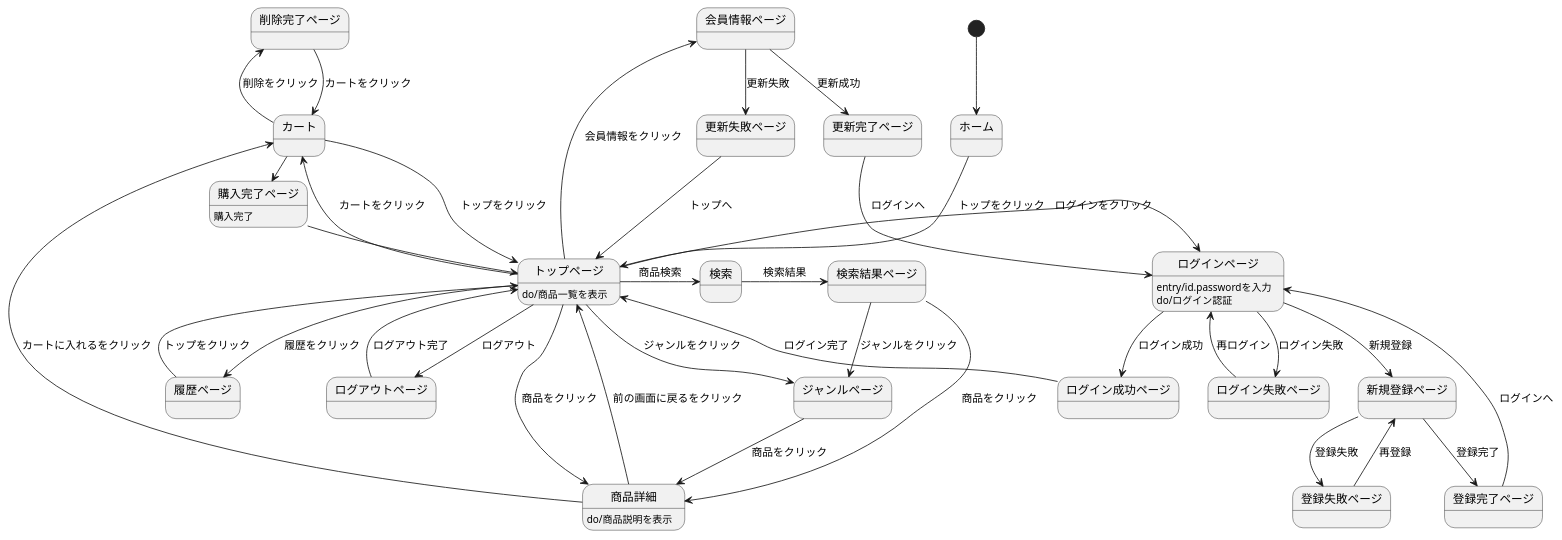
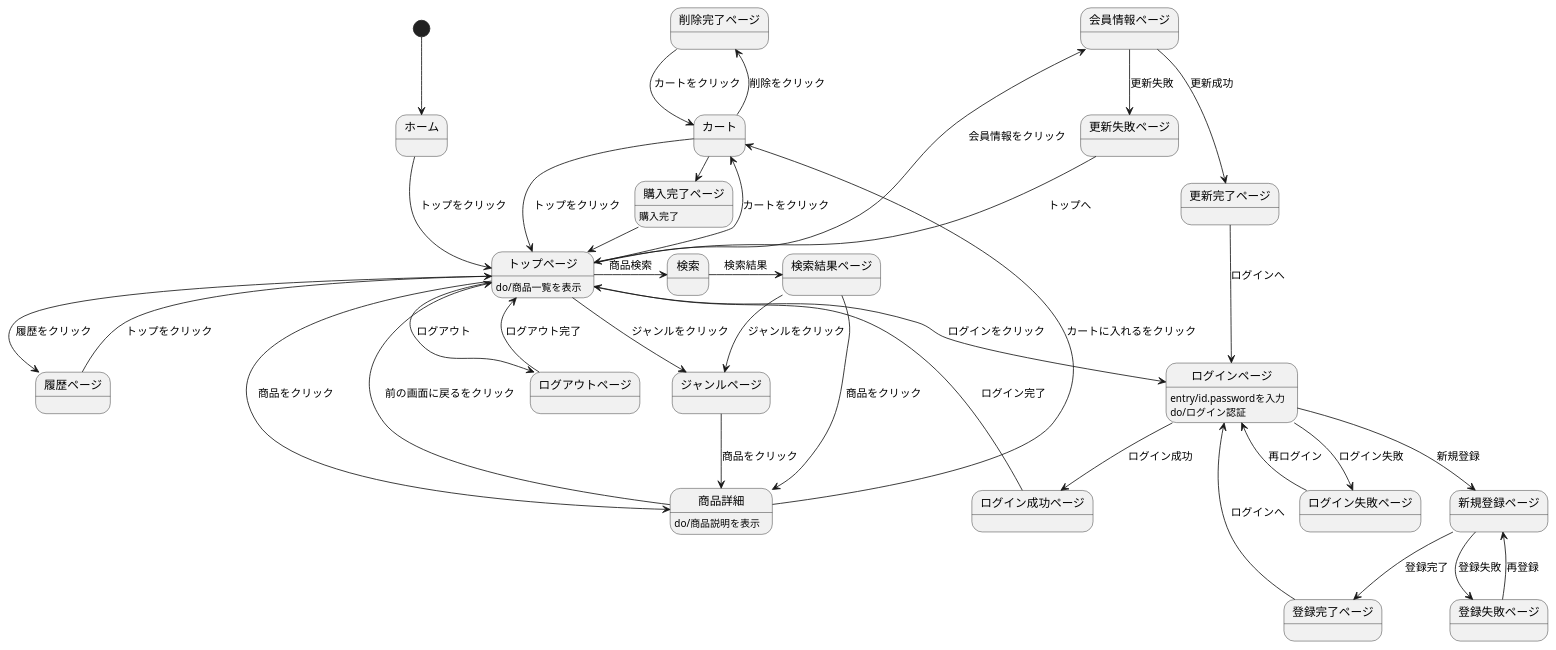
Before and after one commit to Aso2001142/2021sys-design: the diagram in ECサイト/画面遷移図.md, drawn with PlantUML.

````diff
--- a/ECサイト/画面遷移図.md
+++ b/ECサイト/画面遷移図.md
@@ -1,57 +1,57 @@
 ```uml
 @startuml
 [*] --> ホーム
 ホーム --> トップページ : トップをクリック
 トップページ : do/商品一覧を表示
 
-トップページ -right-> ログインページ : ログインをクリック
+トップページ --> ログインページ : ログインをクリック
 ログインページ : entry/id.passwordを入力
 ログインページ : do/ログイン認証
 ログインページ --> ログイン成功ページ : ログイン成功
 ログイン成功ページ --> トップページ : ログイン完了
 ログインページ --> ログイン失敗ページ : ログイン失敗
 ログイン失敗ページ -left-> ログインページ : 再ログイン
 
 ログインページ --> 新規登録ページ : 新規登録
 新規登録ページ --> 登録完了ページ : 登録完了
 登録完了ページ --> ログインページ : ログインへ
 新規登録ページ --> 登録失敗ページ : 登録失敗
 登録失敗ページ --> 新規登録ページ : 再登録
 
 トップページ -> 検索 : 商品検索
 検索 -> 検索結果ページ : 検索結果
 検索結果ページ --> ジャンルページ : ジャンルをクリック
 検索結果ページ --> 商品詳細 : 商品をクリック
 
 トップページ -> 商品詳細 : 商品をクリック
 トップページ --> カート : カートをクリック
 
 トップページ --> ログアウトページ : ログアウト
 ログアウトページ --> トップページ : ログアウト完了
 
 トップページ --> 履歴ページ : 履歴をクリック
 履歴ページ --> トップページ : トップをクリック
 
 トップページ -left-> 会員情報ページ : 会員情報をクリック
 会員情報ページ --> 更新完了ページ : 更新成功
 更新完了ページ --> ログインページ : ログインへ
 会員情報ページ --> 更新失敗ページ : 更新失敗
 更新失敗ページ --> トップページ : トップへ
 
 トップページ -left-> ジャンルページ :  ジャンルをクリック
 ジャンルページ --> 商品詳細 : 商品をクリック
 
 商品詳細 --> カート : カートに入れるをクリック
 商品詳細 --> トップページ : 前の画面に戻るをクリック
 商品詳細 : do/商品説明を表示
 カート -up-> トップページ : トップをクリック
 
 
 カート -> 購入完了ページ : 購入をクリック
 カート -left> 削除完了ページ : 削除をクリック
 削除完了ページ --> カート : カートをクリック
 購入完了ページ -> トップページ : トップをクリック
 購入完了ページ : 購入完了
 
 @enduml
 ```
````
